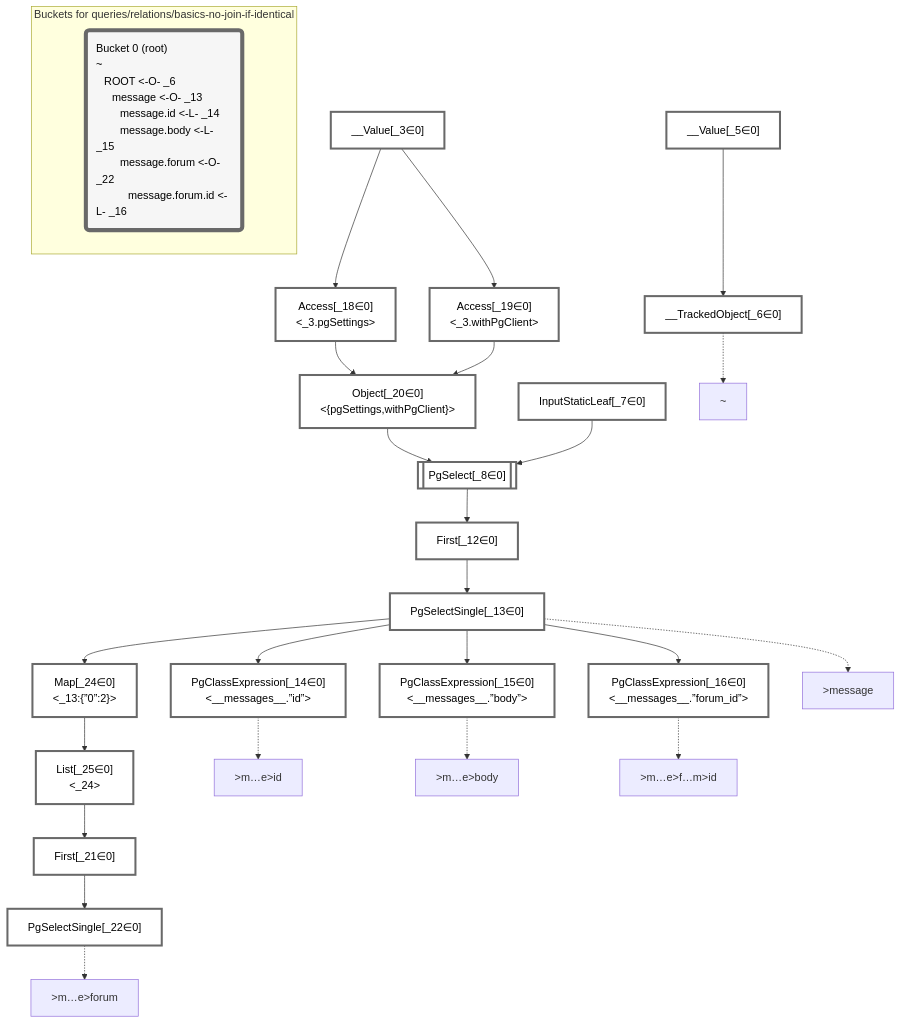
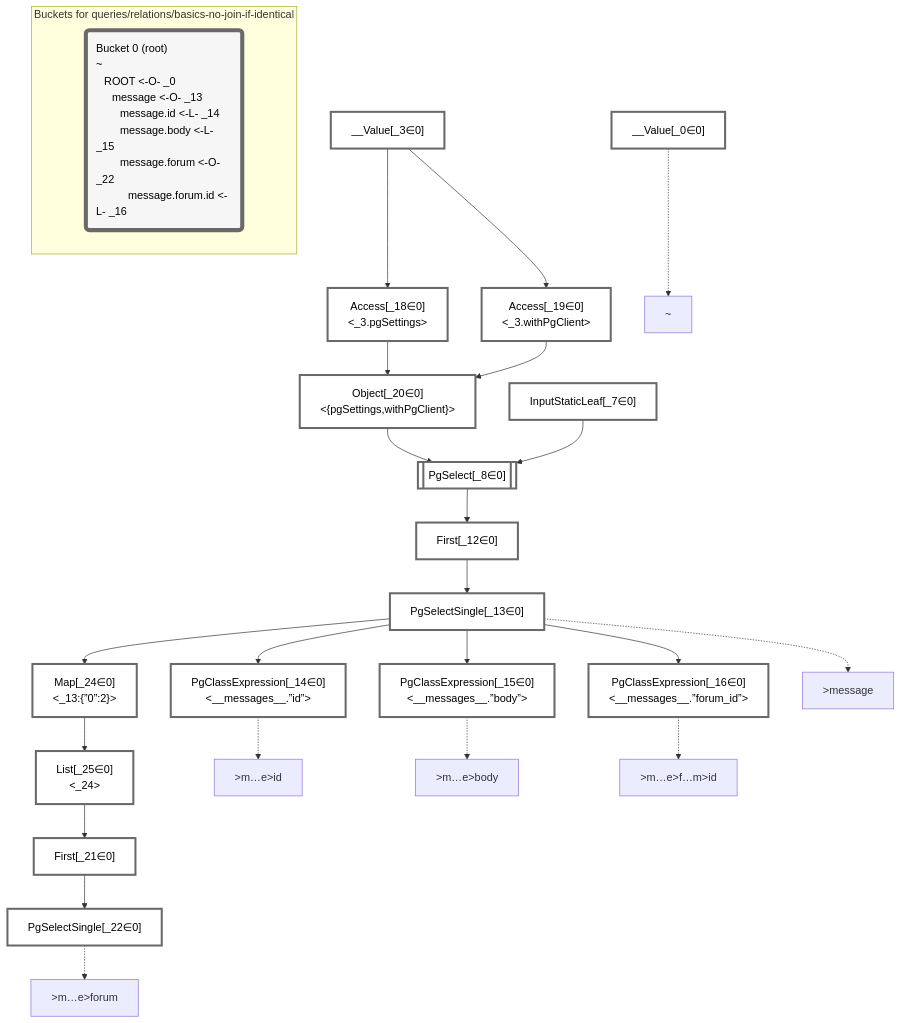
The diagram in packages/dataplan-pg/__tests__/queries/relations/basics-no-join-if-identical.mermaid.md (graphile/crystal), drawn with Mermaid before and after one commit. The commit also changed 193 other files, not shown here.

Commit message:
Update test plan snapshots with new root plan

````diff
--- a/packages/dataplan-pg/__tests__/queries/relations/basics-no-join-if-identical.mermaid.md
+++ b/packages/dataplan-pg/__tests__/queries/relations/basics-no-join-if-identical.mermaid.md
@@ -1,69 +1,67 @@
 ```mermaid
 graph TD
     classDef path fill:#eee,stroke:#000,color:#000
     classDef plan fill:#fff,stroke-width:3px,color:#000
     classDef itemplan fill:#fff,stroke-width:6px,color:#000
     classDef sideeffectplan fill:#f00,stroke-width:6px,color:#000
     classDef bucket fill:#f6f6f6,color:#000,stroke-width:6px,text-align:left
 
 
     %% define plans
+    __Value_0["__Value[_0∈0]"]:::plan
     __Value_3["__Value[_3∈0]<br /><context>"]:::plan
-    __Value_5["__Value[_5∈0]<br /><rootValue>"]:::plan
-    __TrackedObject_6["__TrackedObject[_6∈0]"]:::plan
     InputStaticLeaf_7["InputStaticLeaf[_7∈0]"]:::plan
     PgSelect_8[["PgSelect[_8∈0]<br /><messages>"]]:::plan
     First_12["First[_12∈0]"]:::plan
     PgSelectSingle_13["PgSelectSingle[_13∈0]<br /><messages>"]:::plan
     PgClassExpression_14["PgClassExpression[_14∈0]<br /><__messages__.”id”>"]:::plan
     PgClassExpression_15["PgClassExpression[_15∈0]<br /><__messages__.”body”>"]:::plan
     PgClassExpression_16["PgClassExpression[_16∈0]<br /><__messages__.”forum_id”>"]:::plan
     Access_18["Access[_18∈0]<br /><_3.pgSettings>"]:::plan
     Access_19["Access[_19∈0]<br /><_3.withPgClient>"]:::plan
     Object_20["Object[_20∈0]<br /><{pgSettings,withPgClient}>"]:::plan
     First_21["First[_21∈0]"]:::plan
     PgSelectSingle_22["PgSelectSingle[_22∈0]<br /><forums>"]:::plan
     Map_24["Map[_24∈0]<br /><_13:{”0”:2}>"]:::plan
     List_25["List[_25∈0]<br /><_24>"]:::plan
 
     %% plan dependencies
-    __Value_5 --> __TrackedObject_6
     Object_20 --> PgSelect_8
     InputStaticLeaf_7 --> PgSelect_8
     PgSelect_8 --> First_12
     First_12 --> PgSelectSingle_13
     PgSelectSingle_13 --> PgClassExpression_14
     PgSelectSingle_13 --> PgClassExpression_15
     PgSelectSingle_13 --> PgClassExpression_16
     __Value_3 --> Access_18
     __Value_3 --> Access_19
     Access_18 --> Object_20
     Access_19 --> Object_20
     List_25 --> First_21
     First_21 --> PgSelectSingle_22
     PgSelectSingle_13 --> Map_24
     Map_24 --> List_25
 
     %% plan-to-path relationships
-    P_6["~"]
-    __TrackedObject_6 -.-> P_6
+    P_0["~"]
+    __Value_0 -.-> P_0
     P_13[">message"]
     PgSelectSingle_13 -.-> P_13
     P_14[">m…e>id"]
     PgClassExpression_14 -.-> P_14
     P_15[">m…e>body"]
     PgClassExpression_15 -.-> P_15
     P_16[">m…e>f…m>id"]
     PgClassExpression_16 -.-> P_16
     P_22[">m…e>forum"]
     PgSelectSingle_22 -.-> P_22
 
     %% allocate buckets
     classDef bucket0 stroke:#696969
-    class __Value_3,__Value_5,__TrackedObject_6,InputStaticLeaf_7,PgSelect_8,First_12,PgSelectSingle_13,PgClassExpression_14,PgClassExpression_15,PgClassExpression_16,Access_18,Access_19,Object_20,First_21,PgSelectSingle_22,Map_24,List_25 bucket0
+    class __Value_0,__Value_3,InputStaticLeaf_7,PgSelect_8,First_12,PgSelectSingle_13,PgClassExpression_14,PgClassExpression_15,PgClassExpression_16,Access_18,Access_19,Object_20,First_21,PgSelectSingle_22,Map_24,List_25 bucket0
 
     subgraph "Buckets for queries/relations/basics-no-join-if-identical"
-    Bucket0("Bucket 0 (root)<br />~<br />⠀ROOT <-O- _6<br />⠀⠀message <-O- _13<br />⠀⠀⠀message.id <-L- _14<br />⠀⠀⠀message.body <-L- _15<br />⠀⠀⠀message.forum <-O- _22<br />⠀⠀⠀⠀message.forum.id <-L- _16"):::bucket
+    Bucket0("Bucket 0 (root)<br />~<br />⠀ROOT <-O- _0<br />⠀⠀message <-O- _13<br />⠀⠀⠀message.id <-L- _14<br />⠀⠀⠀message.body <-L- _15<br />⠀⠀⠀message.forum <-O- _22<br />⠀⠀⠀⠀message.forum.id <-L- _16"):::bucket
     style Bucket0 stroke:#696969
     end
 ```
````
